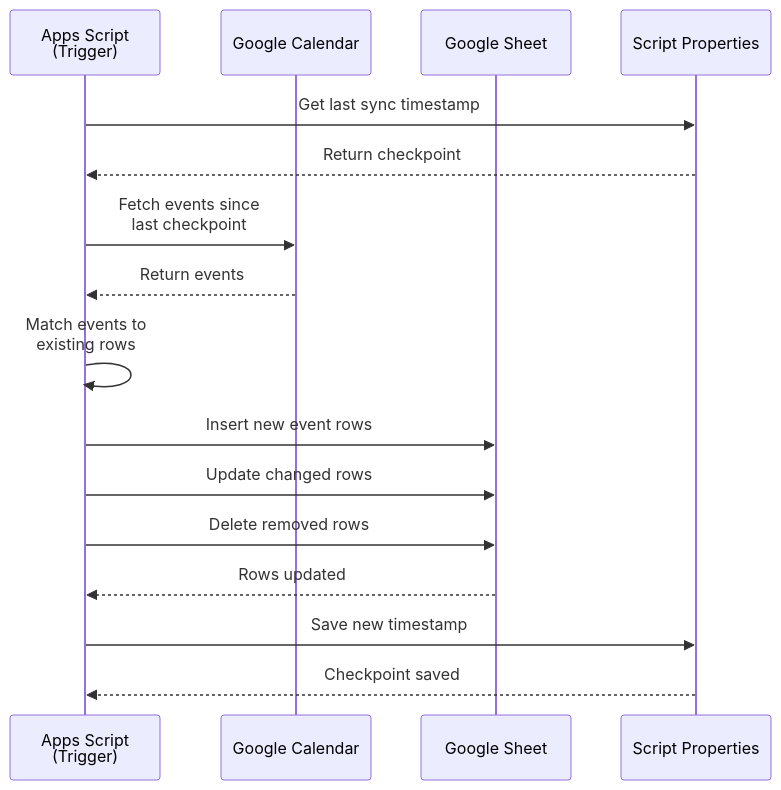
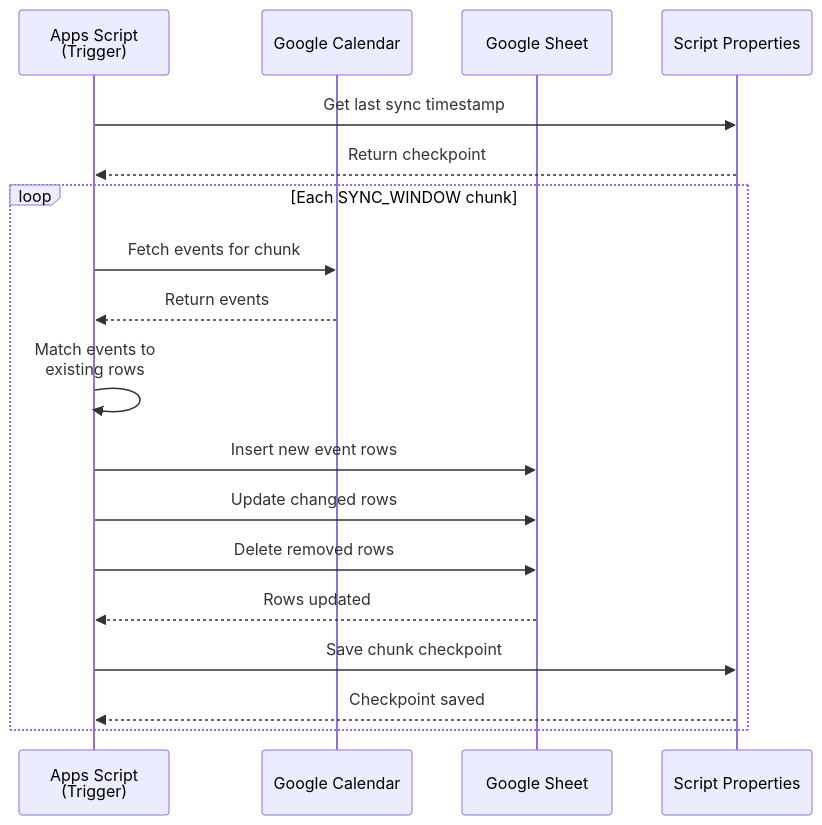
The diagram in src/calendar-to-sheets/README.md (petry-projects/google-app-scripts), drawn with Mermaid before and after one commit. The commit also changed 3 other files, not shown here.

````diff
--- a/src/calendar-to-sheets/README.md
+++ b/src/calendar-to-sheets/README.md
@@ -12,23 +12,25 @@
 ```mermaid
 sequenceDiagram
     participant GAS as Apps Script<br/>(Trigger)
     participant Cal as Google Calendar
     participant Sheet as Google Sheet
     participant Props as Script Properties
 
     GAS->>Props: Get last sync timestamp
     Props-->>GAS: Return checkpoint
 
-    GAS->>Cal: Fetch events since<br/>last checkpoint
-    Cal-->>GAS: Return events
+    loop Each SYNC_WINDOW chunk
+        GAS->>Cal: Fetch events for chunk
+        Cal-->>GAS: Return events
 
-    GAS->>GAS: Match events to<br/>existing rows
+        GAS->>GAS: Match events to<br/>existing rows
 
-    GAS->>Sheet: Insert new event rows
-    GAS->>Sheet: Update changed rows
-    GAS->>Sheet: Delete removed rows
-    Sheet-->>GAS: Rows updated
+        GAS->>Sheet: Insert new event rows
+        GAS->>Sheet: Update changed rows
+        GAS->>Sheet: Delete removed rows
+        Sheet-->>GAS: Rows updated
 
-    GAS->>Props: Save new timestamp
-    Props-->>GAS: Checkpoint saved
+        GAS->>Props: Save chunk checkpoint
+        Props-->>GAS: Checkpoint saved
+    end
 ```
````
